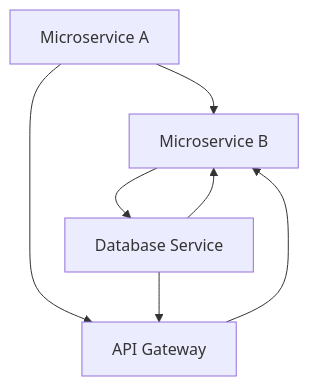
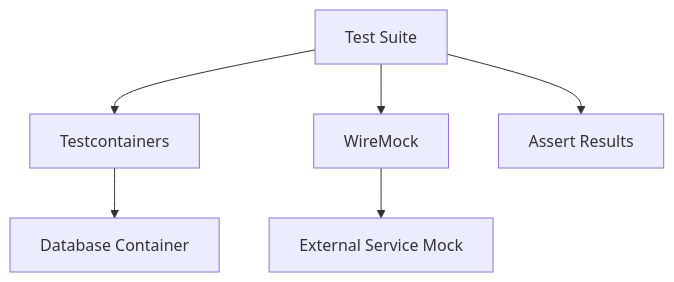
Before and after one commit to Joaquinriosheredia/DAM-Java-Mastery: the fifth of 6 diagrams in _Review/testing_e2e_en_microservicios/testing_e2e_en_microservicios.md, drawn with Mermaid. The commit also changed other lines of this file, not shown here.

````diff
--- a/_Review/testing_e2e_en_microservicios/testing_e2e_en_microservicios.md
+++ b/_Review/testing_e2e_en_microservicios/testing_e2e_en_microservicios.md
@@ -941,9 +301,8 @@
 ```mermaid
 graph TD
-    A[Microservice A] --> B[Microservice B];
-    B --> C[Database Service];
-    A --> D[API Gateway];
-    D --> B;
-    C --> B;
-    C --> D;
+    A[Test Suite] --> B[Testcontainers]
+    B --> C[Database Container]
+    A --> D[WireMock]
+    D --> E[External Service Mock]
+    A --> F[Assert Results]
 ```
````
